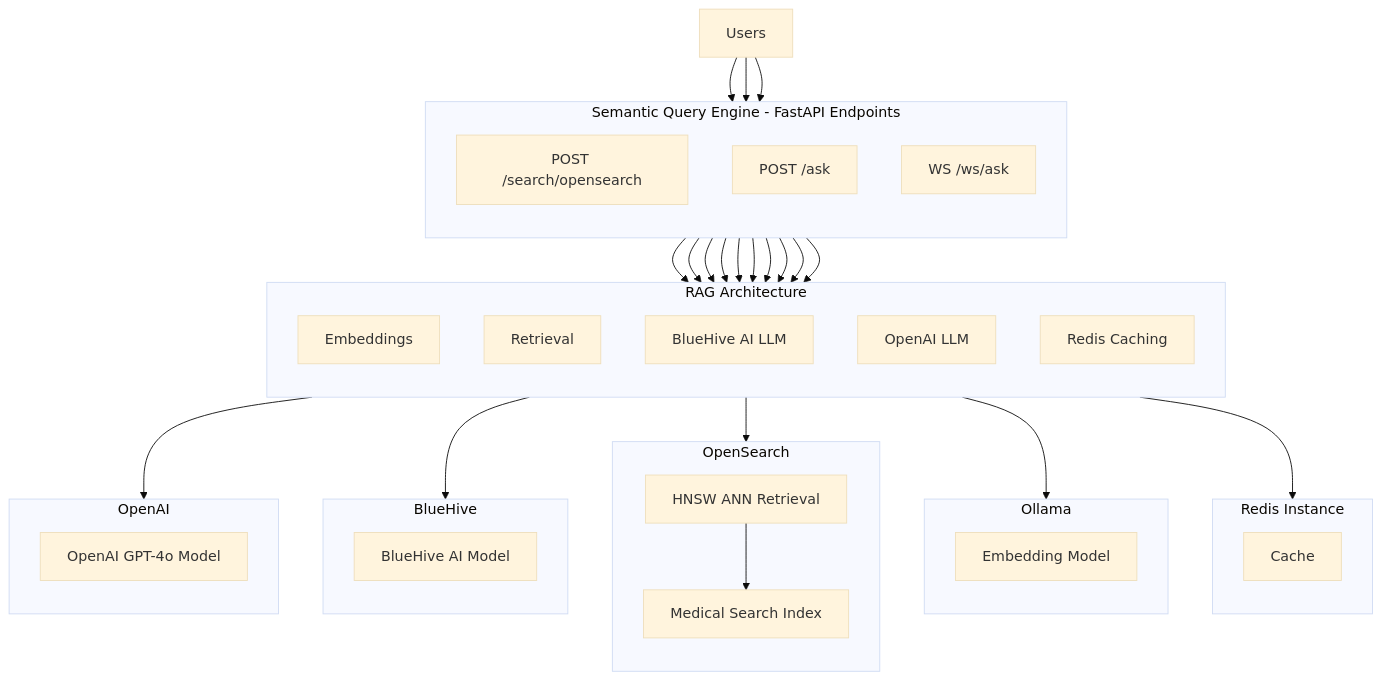
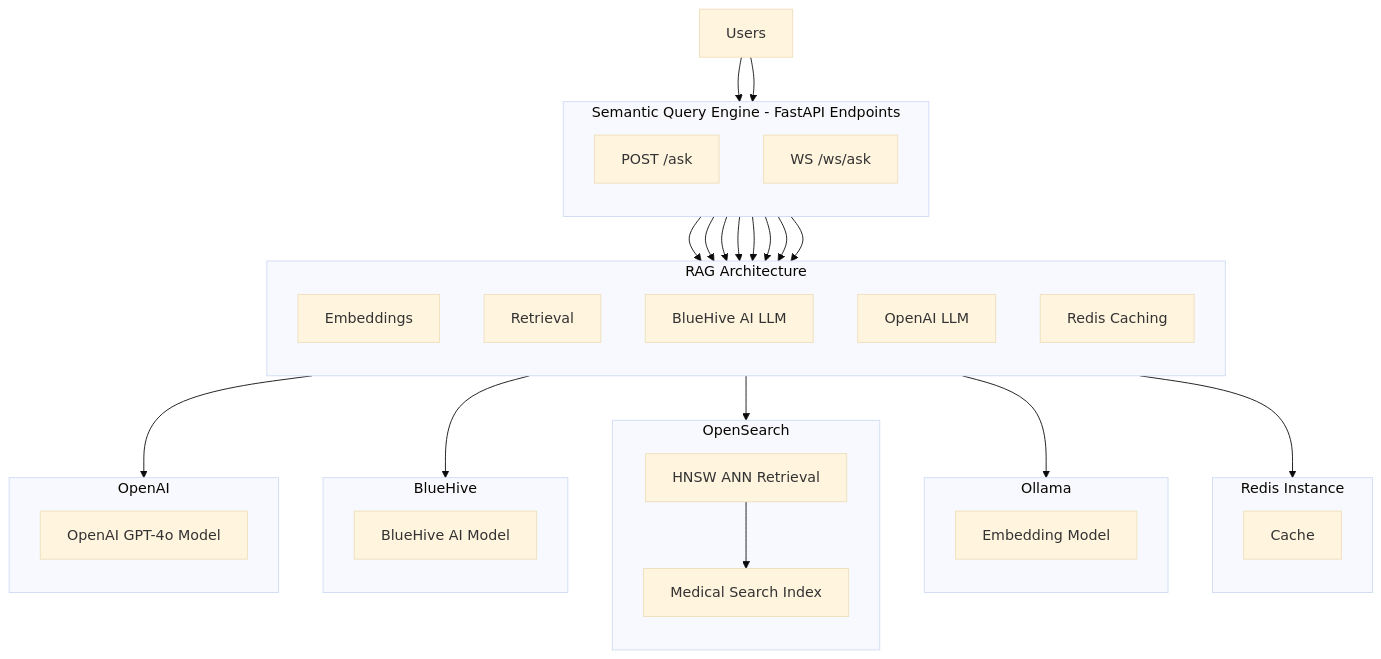
One commit to NeuralRevenant/semantic-query-engine changed the diagram in README.md. Above: the diagram before and after it, drawn with Mermaid.

````diff
--- a/README.md
+++ b/README.md
@@ -7,67 +7,65 @@
 ```mermaid
 ---
 config:
   theme: base
   themeVariables:
     primaryColor: #121212
     secondaryColor: #BB86FC
     tertiaryColor: #03DAC6
     primaryTextColor: #E0E0E0
     secondaryTextColor: #FFFFFF
     tertiaryTextColor: #FFFFFF
     lineColor: #BB86FC
     nodeBorder: #03DAC6
     clusterBkg: #1F1B24
     clusterBorder: #BB86FC
     background: #121212
     fontFamily: "Fira Code, monospace"
     outerStrokeWidth: 2px
     boxShadow: 5px 5px 15px rgba(0, 0, 0, 0.6)
 ---
 flowchart TD
  subgraph FastAPI["Semantic Query Engine - FastAPI Endpoints"]
     direction TB
-        C["POST /search/opensearch"]
-        D["POST /ask"]
-        W["WS /ws/ask"]
+        C["POST /ask"]
+        D["WS /ws/ask"]
   end
  subgraph RAG_Model["RAG Architecture"]
     direction TB
         E["Embeddings"]
         F["Retrieval"]
         G1["BlueHive AI LLM"]
         G2["OpenAI LLM"]
         H["Redis Caching"]
   end
  subgraph Redis["Redis Instance"]
     direction TB
         I["Cache"]
   end
  subgraph Embedding_Service["Ollama"]
     direction TB
         J["Embedding Model"]
   end
  subgraph OpenSearch["OpenSearch"]
     direction TB
         L["HNSW ANN Retrieval"]
         M["Medical Search Index"]
   end
  subgraph BlueHive["BlueHive"]
     direction TB
         N["BlueHive AI Model"]
   end
  subgraph OpenAI["OpenAI"]
     direction TB
         O["OpenAI GPT-4o Model"]
   end
-    n1["Users"] --> C & D & W
-    W --> E & F & G2 & H
-    D --> E & F & G1 & H
+    n1["Users"] --> C & D
+    D --> E & F & G2 & H
+    C --> E & F & G1 & H
     H --> I
     E --> J
     F --> L
     L --> M
     G1 --> N
     G2 --> O
-    C --> E & F
 ```
````
